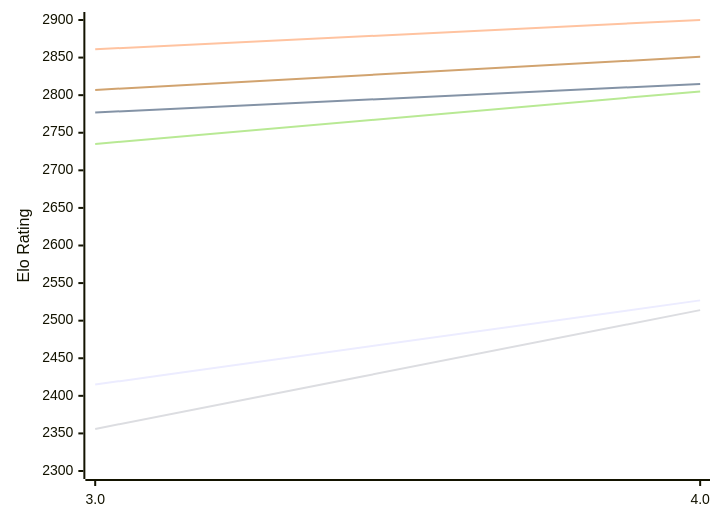
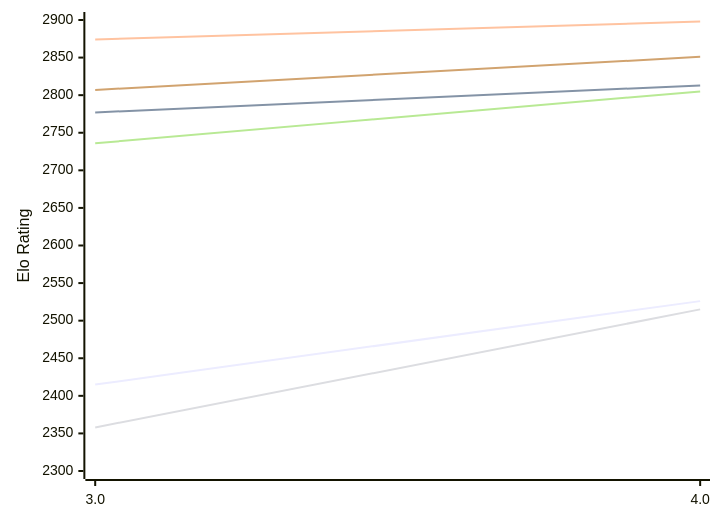
The first of 2 diagrams in engines/Chess3.md (computer-chess-index/cci), drawn with Mermaid before and after one commit. The commit also changed other lines of this file, not shown here.

Commit message:
Update CCI Ratings (ELO VLTC) - 2026-11-28

````diff
--- a/engines/Chess3.md
+++ b/engines/Chess3.md
@@ -50,12 +50,12 @@
 ```mermaid
 %%{init: {"theme":"base","themeVariables":{"seriesColors:['#a3a3a3','#222221','#faa371']}}}%%
 xychart-beta
   x-axis ["3.0", "4.0"]
   y-axis "Elo Rating" 2300 --> 2900
-  line "E1: STC (8.0+0.08s)" [2415, 2527]
-  line "E1: LTC (60.0+0.60s)" [2777, 2815]
-  line "E1: VLTC (2m24s+1.12s)" [2861, 2900]
-  line "P1: STC (8.0+0.08s)" [2356, 2514]
-  line "P1: LTC (60.0+0.60s)" [2735, 2805]
+  line "E1: STC (8.0+0.08s)" [2415, 2526]
+  line "E1: LTC (60.0+0.60s)" [2777, 2813]
+  line "E1: VLTC (2m24s+1.12s)" [2874, 2898]
+  line "P1: STC (8.0+0.08s)" [2358, 2515]
+  line "P1: LTC (60.0+0.60s)" [2736, 2805]
   line "P1: VLTC (2m24s+1.12s)" [2807, 2851]
 ```
````
